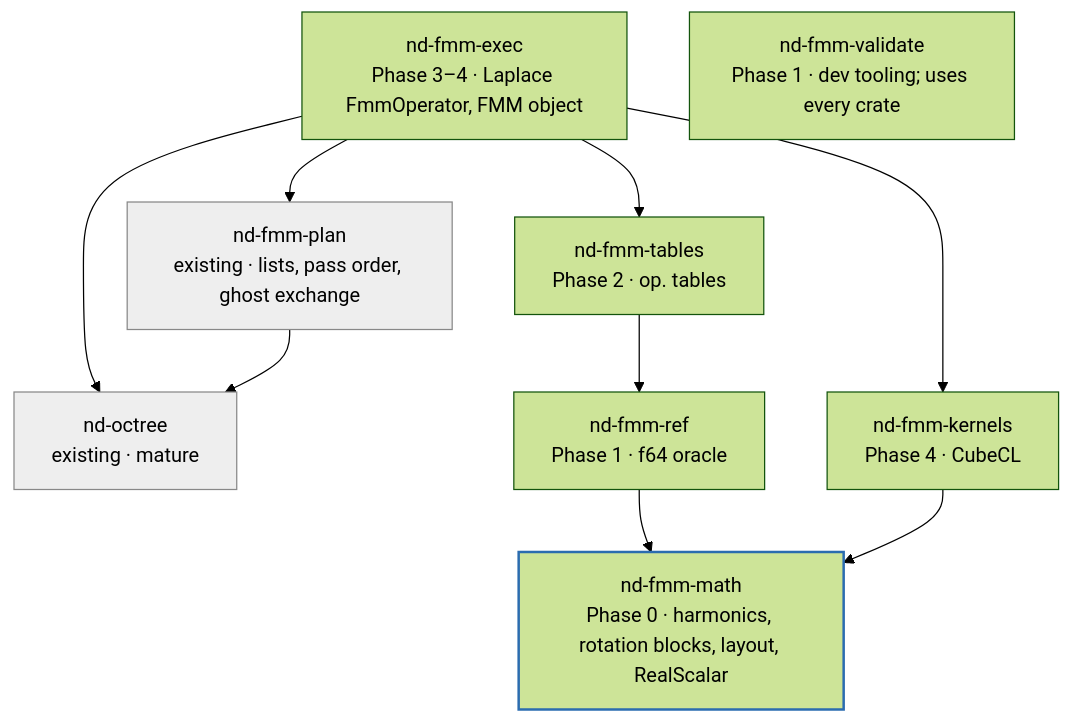
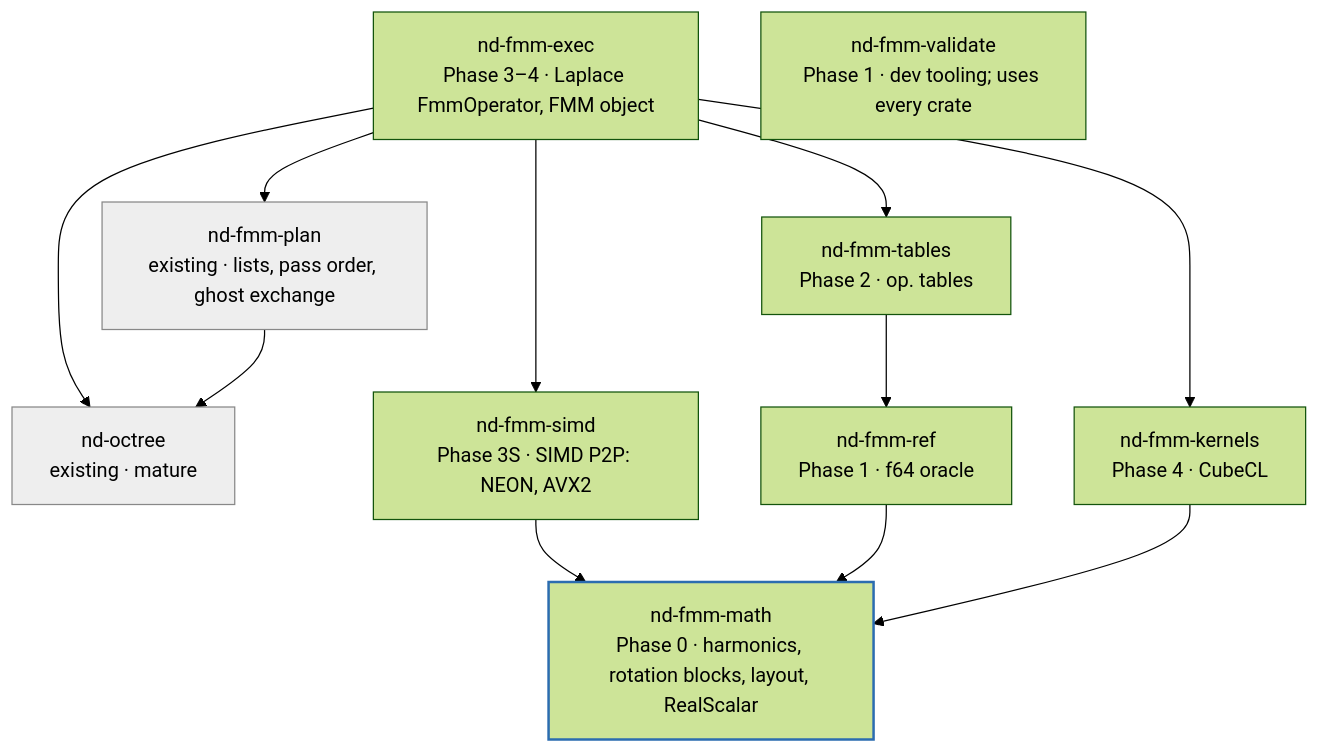
Before and after one commit to tbetcke/fmm: the diagram in docs/design/workspace-structure.md, drawn with Mermaid (forest theme). The commit also changed other lines of this file and 10 other files, not shown here.

First line of the commit message:
Plan Phase 3S: hand-written SIMD P2P on the host (NEON, AVX2)

````diff
--- a/docs/design/workspace-structure.md
+++ b/docs/design/workspace-structure.md
@@ -156,21 +159,24 @@
 ```mermaid
 flowchart TB
   exec["nd-fmm-exec<br/>Phase 3–4 · Laplace FmmOperator, FMM object"]
   plan["nd-fmm-plan<br/>existing · lists, pass order, ghost exchange"]:::existing
   octree["nd-octree<br/>existing · mature"]:::existing
   tables["nd-fmm-tables<br/>Phase 2 · op. tables"]
   kernels["nd-fmm-kernels<br/>Phase 4 · CubeCL"]
   ref["nd-fmm-ref<br/>Phase 1 · f64 oracle"]
   math["nd-fmm-math<br/>Phase 0 · harmonics, rotation blocks, layout, RealScalar"]:::phase0
   validate["nd-fmm-validate<br/>Phase 1 · dev tooling; uses every crate"]
+  simd["nd-fmm-simd<br/>Phase 3S · SIMD P2P: NEON, AVX2"]
   exec --> plan
   exec --> octree
   plan --> octree
   exec --> tables
   exec --> kernels
+  exec --> simd
+  simd --> math
   tables --> ref
   ref --> math
   kernels --> math
   classDef existing fill:#eeeeee,stroke:#888888
   classDef phase0 stroke:#2b6cb0,stroke-width:2px
 ```
````
